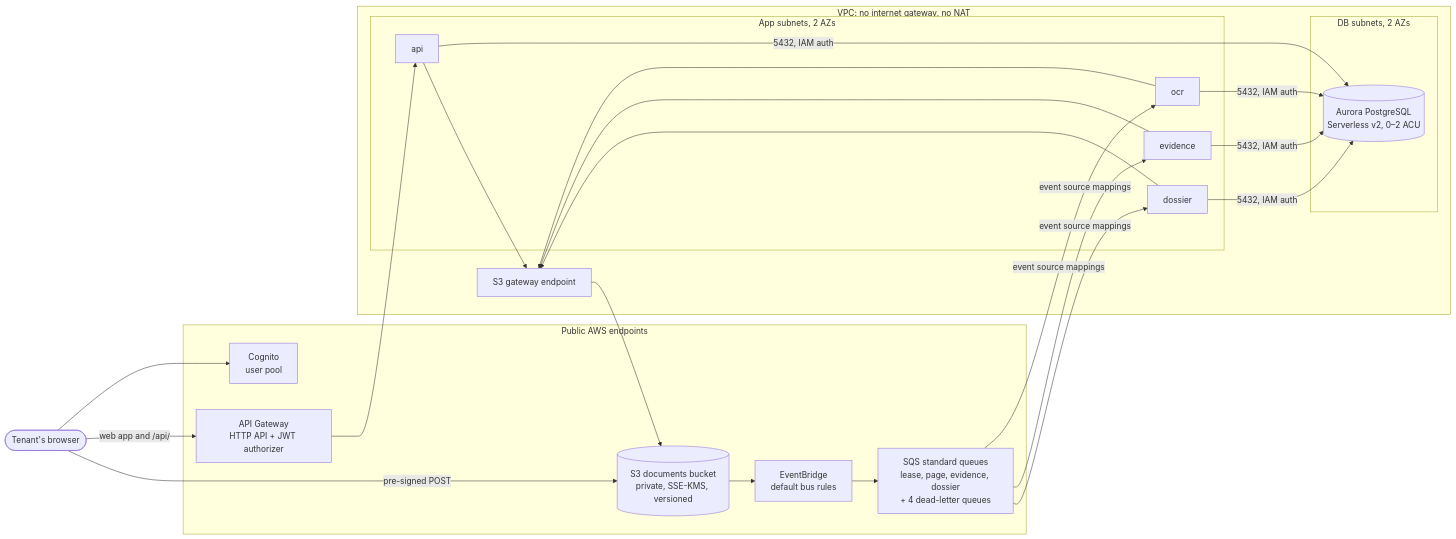
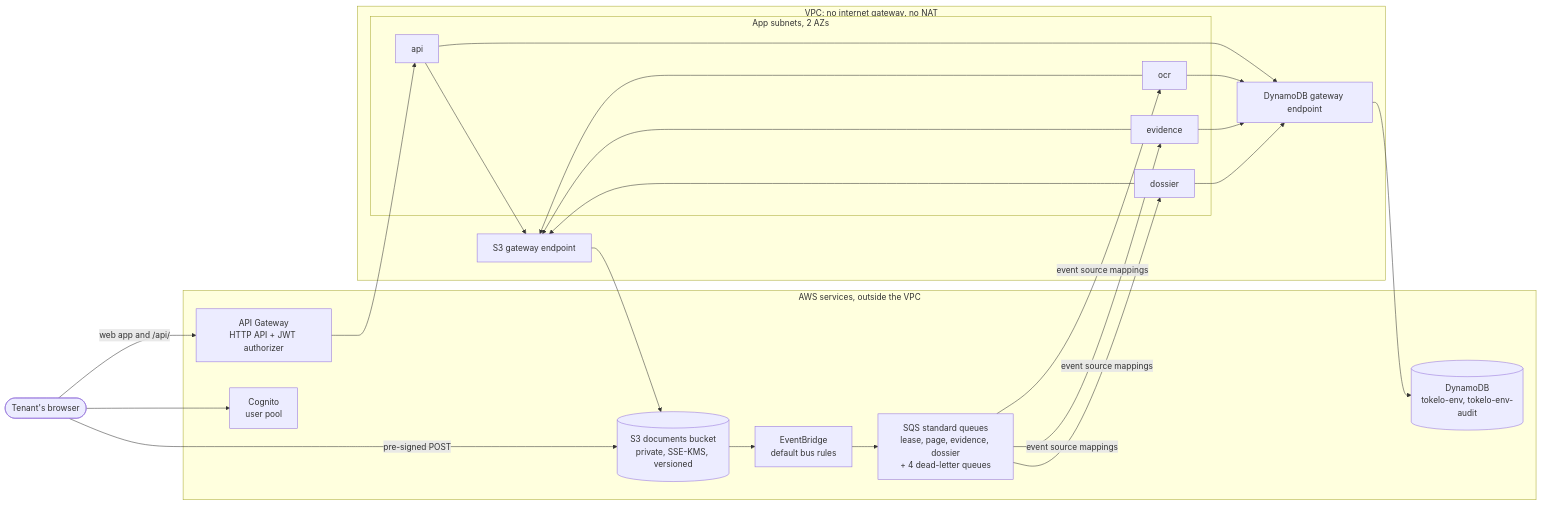
Before and after one commit to Katlego-tech/Tokelo: the diagram in docs/design/infrastructure.md, drawn with Mermaid. The commit also changed other lines of this file and 20 other files, not shown here.

First line of the commit message:
feat(infra): T018 the store is DynamoDB, not Aurora (ADR-0011)

````diff
--- a/docs/design/infrastructure.md
+++ b/docs/design/infrastructure.md
@@ -41,30 +41,29 @@
 ```mermaid
 flowchart LR
     tenant([Tenant's browser])
-    subgraph edge[Public AWS endpoints]
+    subgraph edge[AWS services, outside the VPC]
         gw[API Gateway<br/>HTTP API + JWT authorizer]
         cog[Cognito<br/>user pool]
         s3[(S3 documents bucket<br/>private, SSE-KMS, versioned)]
+        ddb[(DynamoDB<br/>tokelo-env, tokelo-env-audit)]
         eb[EventBridge<br/>default bus rules]
         q[SQS standard queues<br/>lease, page, evidence, dossier<br/>+ 4 dead-letter queues]
     end
     subgraph vpc[VPC: no internet gateway, no NAT]
         subgraph app[App subnets, 2 AZs]
             api[api]
             ocr[ocr]
             ev[evidence]
             dos[dossier]
         end
-        subgraph dbs[DB subnets, 2 AZs]
-            db[(Aurora PostgreSQL<br/>Serverless v2, 0–2 ACU)]
-        end
-        gwe[S3 gateway endpoint]
+        gs3[S3 gateway endpoint]
+        gdb[DynamoDB gateway endpoint]
     end
     tenant --> cog
     tenant -- web app and /api/ --> gw --> api
     tenant -- pre-signed POST --> s3
     s3 --> eb --> q
     q -- event source mappings --> ocr & ev & dos
-    api & ocr & ev & dos -- 5432, IAM auth --> db
-    api & ocr & ev & dos --> gwe --> s3
+    api & ocr & ev & dos --> gdb --> ddb
+    api & ocr & ev & dos --> gs3 --> s3
 ```
````
